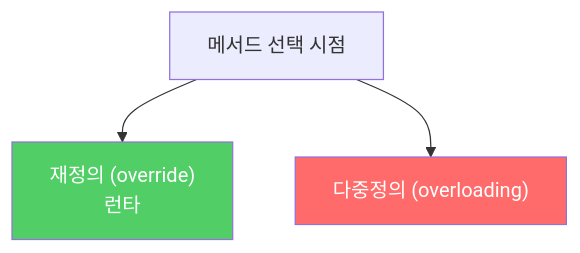
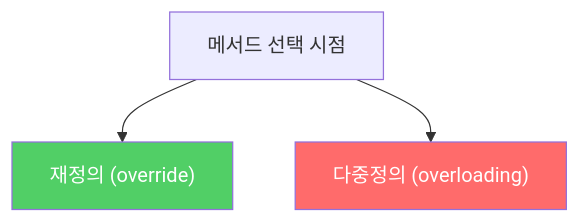
Before and after one commit to yjkim2015/yjkim2015.github.io: the first of 2 diagrams in _posts/java/2022-02-03-effective-java52.md, drawn with Mermaid. The commit also changed other lines of this file and 217 other files, not shown here.

First line of the commit message:
Mermaid 크기 수정: useMaxWidth:true + SVG max-width:100% + 라벨 축소

````diff
--- a/_posts/java/2022-02-03-effective-java52.md
+++ b/_posts/java/2022-02-03-effective-java52.md
@@ -52,7 +52,7 @@
 ```mermaid
 graph TD
-    A["메서드 선택 시점"] --> B["재정의 (override)\n런타"]
+    A["메서드 선택 시점"] --> B["재정의 (override)"]
     A --> C["다중정의 (overloading)"]
     style B fill:#51cf66,color:#fff
     style C fill:#ff6b6b,color:#fff
 ```
````
